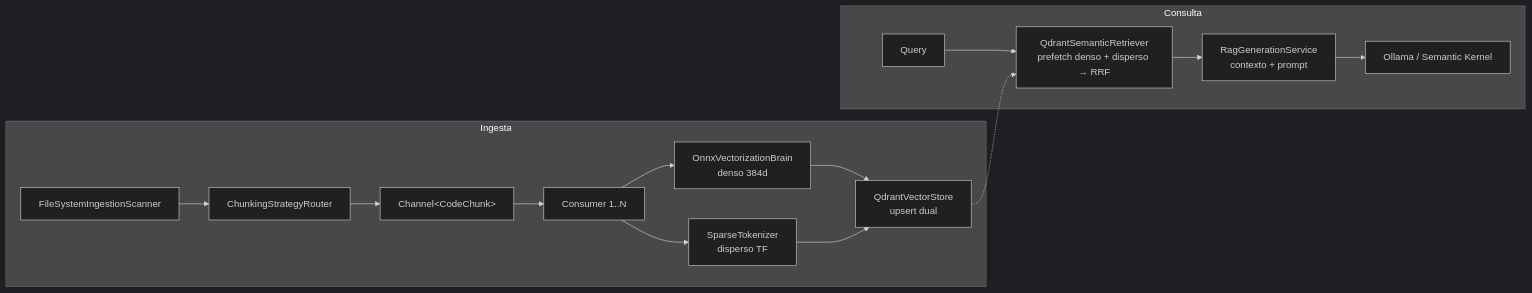
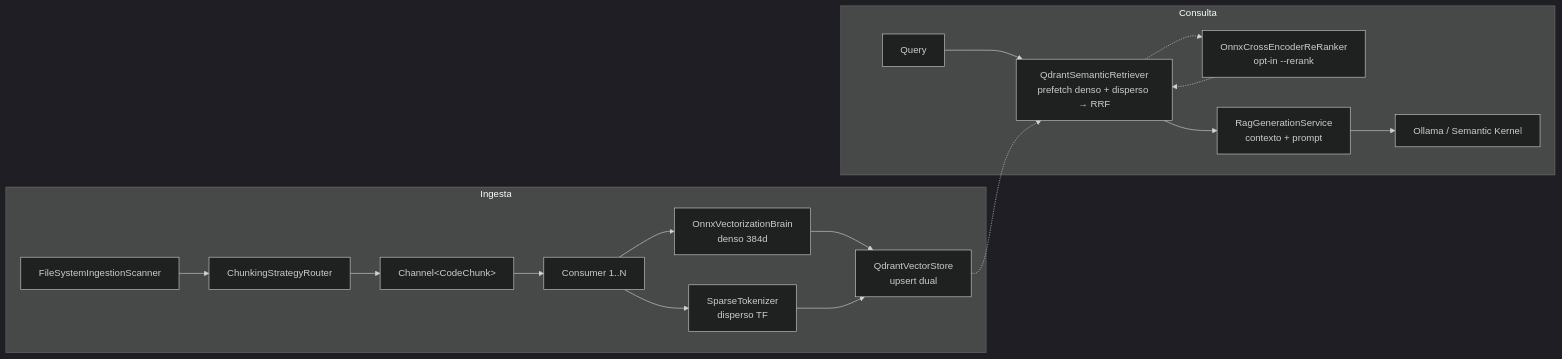
One commit to DanielWueno/Rag.Context.Engine changed the diagram in docs/arquitectura.md. Above: the diagram before and after it, drawn with Mermaid (dark theme). The commit also changed other lines of this file and 5 other files, not shown here.

First line of the commit message:
docs: documentar el re-ranker Cross-Encoder y cerrar el Sprint 8

````diff
--- a/docs/arquitectura.md
+++ b/docs/arquitectura.md
@@ -12,17 +12,19 @@
 ```mermaid
 flowchart LR
     subgraph Ingesta
         A[FileSystemIngestionScanner] --> B[ChunkingStrategyRouter]
         B --> C[Channel&lt;CodeChunk&gt;]
         C --> D1[Consumer 1..N]
         D1 --> E[OnnxVectorizationBrain<br/>denso 384d]
         D1 --> F[SparseTokenizer<br/>disperso TF]
         E & F --> G[QdrantVectorStore<br/>upsert dual]
     end
     subgraph Consulta
         Q[Query] --> R[QdrantSemanticRetriever<br/>prefetch denso + disperso → RRF]
+        R -.-> RR[OnnxCrossEncoderReRanker<br/>opt-in --rerank]
+        RR -.-> R
         R --> S[RagGenerationService<br/>contexto + prompt]
         S --> T[Ollama / Semantic Kernel]
     end
     G -.-> R
 ```
````
